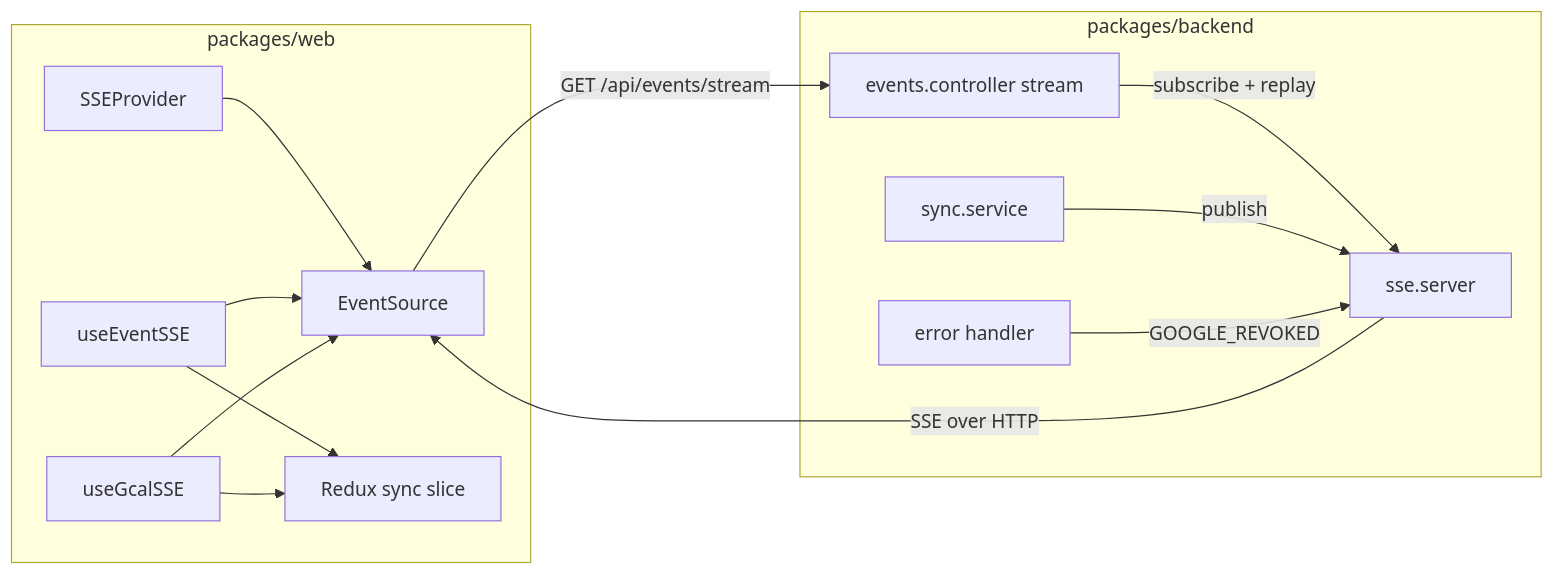
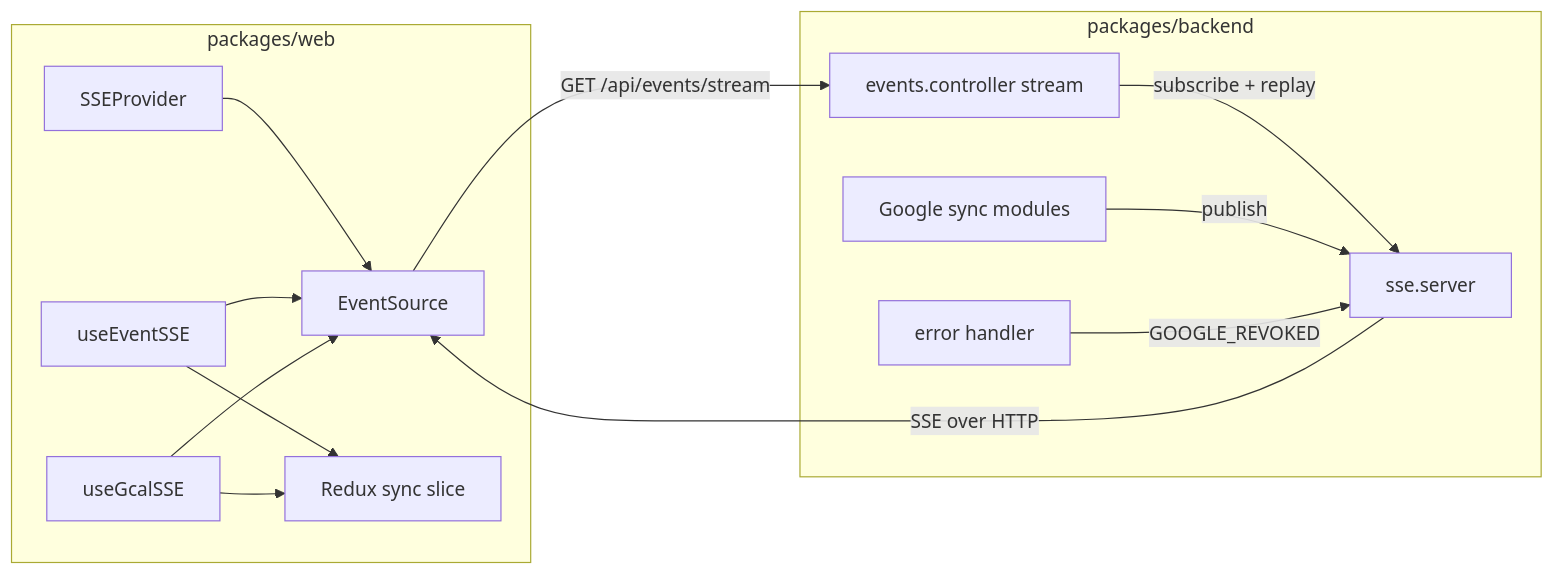
The first of 2 diagrams in docs/features/google-sync-and-sse-flow.md (SwitchbackTech/compass), drawn with Mermaid before and after one commit. The commit also changed other lines of this file and 34 other files, not shown here.

Commit message:
refactor(backend): split google sync lifecycle

````diff
--- a/docs/features/google-sync-and-sse-flow.md
+++ b/docs/features/google-sync-and-sse-flow.md
@@ -14,26 +14,26 @@
 ```mermaid
 flowchart LR
   subgraph Web["packages/web"]
     ES[EventSource]
     Prov[SSEProvider]
     Ev[useEventSSE]
     Gc[useGcalSSE]
     Slice[Redux sync slice]
   end
   subgraph Backend["packages/backend"]
     Stream[events.controller stream]
     Srv[sse.server]
-    Sync[sync.service]
+    Sync[Google sync modules]
     Err[error handler]
   end
   ES -->|GET /api/events/stream| Stream
   Stream -->|subscribe + replay| Srv
   Sync -->|publish| Srv
   Err -->|GOOGLE_REVOKED| Srv
   Srv -->|SSE over HTTP| ES
   Prov --> ES
   Ev --> ES
   Gc --> ES
   Ev --> Slice
   Gc --> Slice
 ```
````
